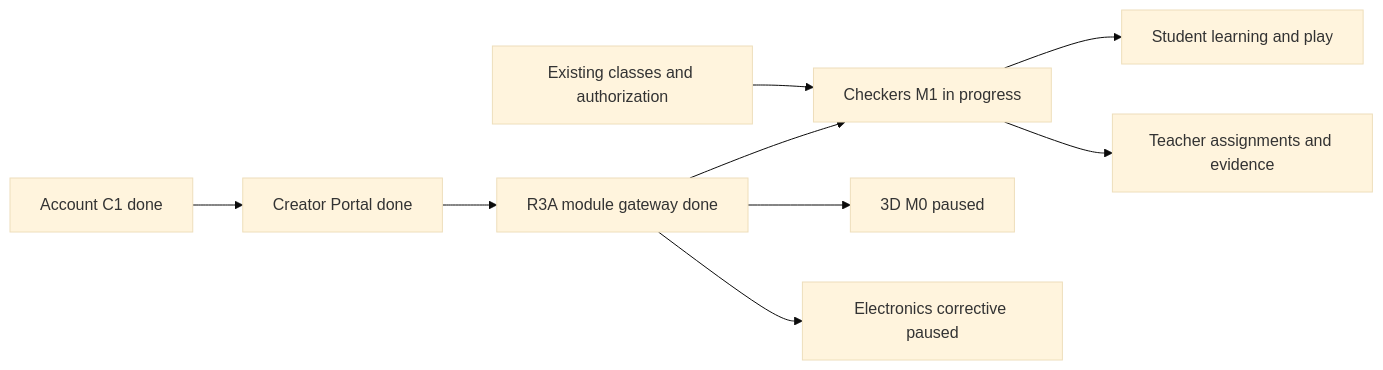
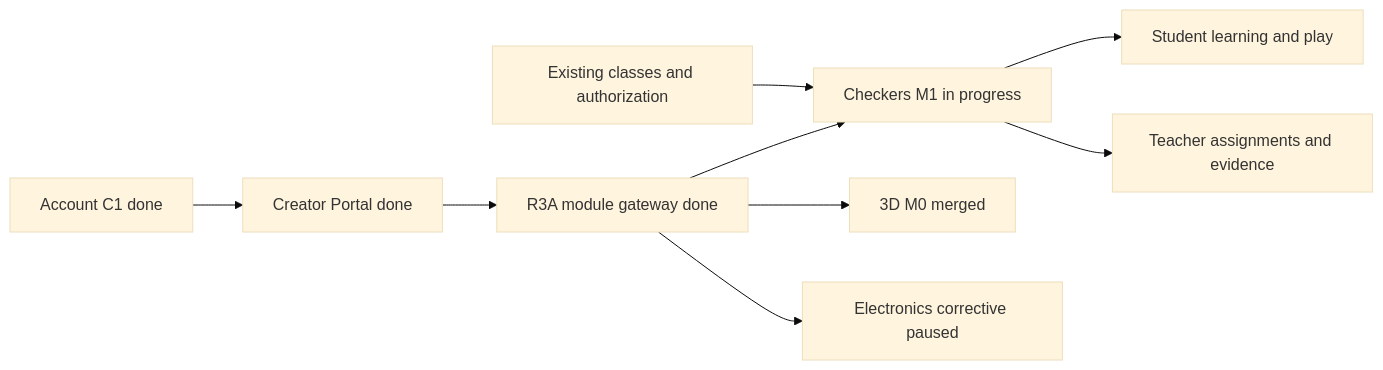
The diagram in docs/project-map/PROJECT_MAP.md (spikeal8-maker/asa-lab), drawn with Mermaid (base theme) before and after one commit. The commit also changed other lines of this file and 6 other files, not shown here.

````diff
--- a/docs/project-map/PROJECT_MAP.md
+++ b/docs/project-map/PROJECT_MAP.md
@@ -27,11 +27,11 @@
 ```mermaid
 flowchart LR
   ACCOUNT["Account C1 done"] --> PORTAL["Creator Portal done"]
   PORTAL --> GATE["R3A module gateway done"]
   GATE --> CHECKERS["Checkers M1 in progress"]
-  GATE --> THREED["3D M0 paused"]
+  GATE --> THREED["3D M0 merged"]
   GATE --> ELECTRONICS["Electronics corrective paused"]
   CLASSROOM["Existing classes and authorization"] --> CHECKERS
   CHECKERS --> STUDENT["Student learning and play"]
   CHECKERS --> TEACHER["Teacher assignments and evidence"]
 ```
````
